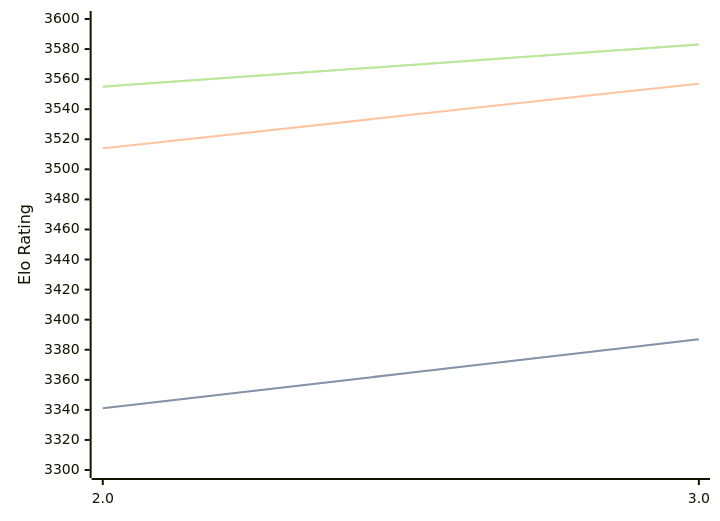
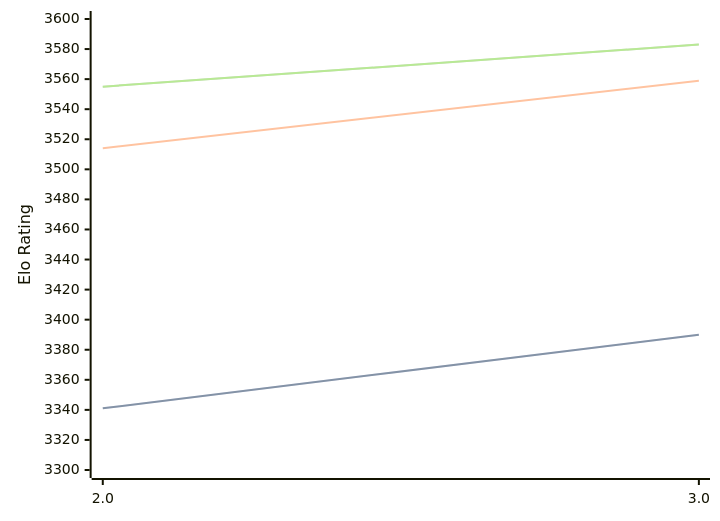
The diagram in engines/Quanticade.md (computer-chess-index/cci), drawn with Mermaid before and after one commit. The commit also changed other lines of this file, not shown here.

Commit message:
Update CCI Ratings (ELO VLTC) - 2026-02-26

````diff
--- a/engines/Quanticade.md
+++ b/engines/Quanticade.md
@@ -39,11 +39,11 @@
 ```mermaid
 %%{init: {"theme":"base","themeVariables":{"seriesColors:['#a3a3a3','#222221','#faa371']}}}%%
 xychart-beta
   x-axis ["2.0", "3.0"]
   y-axis "Elo Rating" 3300 --> 3600
-  line "STC (8.0+0.08s)" [3341, 3387]
-  line "STC (8.0+0.08s)" [3341, 3387]
-  line "LTC (60.0+0.60s)" [3514, 3557]
+  line "STC (8.0+0.08s)" [3341, 3390]
+  line "STC (8.0+0.08s)" [3341, 3390]
+  line "LTC (60.0+0.60s)" [3514, 3559]
   line "VLTC (2m24s+1.12s)" [3555, 3583]
   line "VLTC (2m24s+1.12s)" [3555, 3583]
 ```
````
